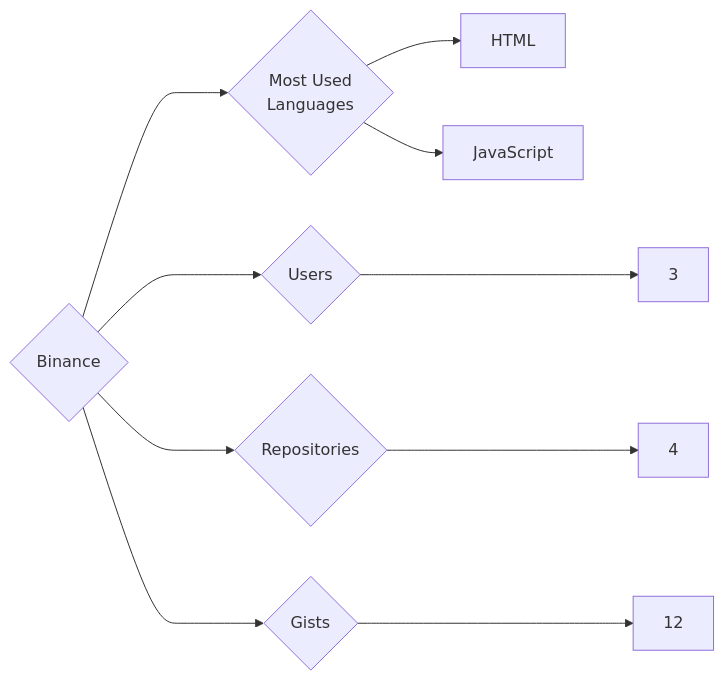
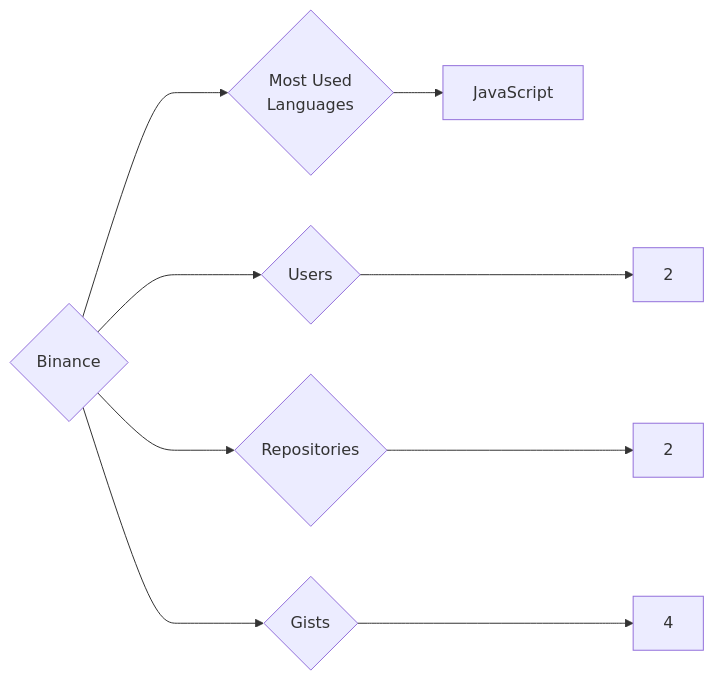
The diagram in targets/Binance/README.md (trickest/insiders), drawn with Mermaid before and after one commit. The commit also changed 640 other files, not shown here.

````diff
--- a/targets/Binance/README.md
+++ b/targets/Binance/README.md
@@ -3,10 +3,9 @@
 ```mermaid
 graph LR
 COMPANY_NAME{Binance}
-COMPANY_NAME ---> U{Users} ---> UN[3]
-COMPANY_NAME ---> R{Repositories} ---> RN[4]
-COMPANY_NAME ---> G{Gists} ---> GN[12]
+COMPANY_NAME ---> U{Users} ---> UN[2]
+COMPANY_NAME ---> R{Repositories} ---> RN[2]
+COMPANY_NAME ---> G{Gists} ---> GN[4]
 COMPANY_NAME ---> ML{Most Used<br>Languages}
-ML --> HTML[HTML]
 ML --> JavaScript[JavaScript]
 ```
````
